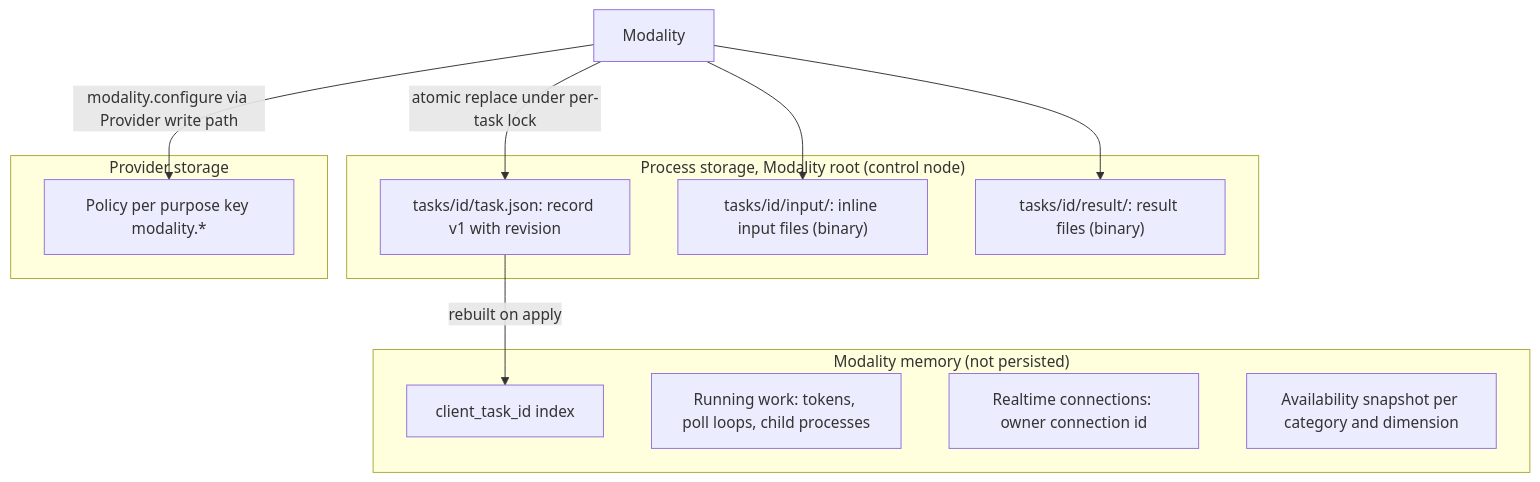
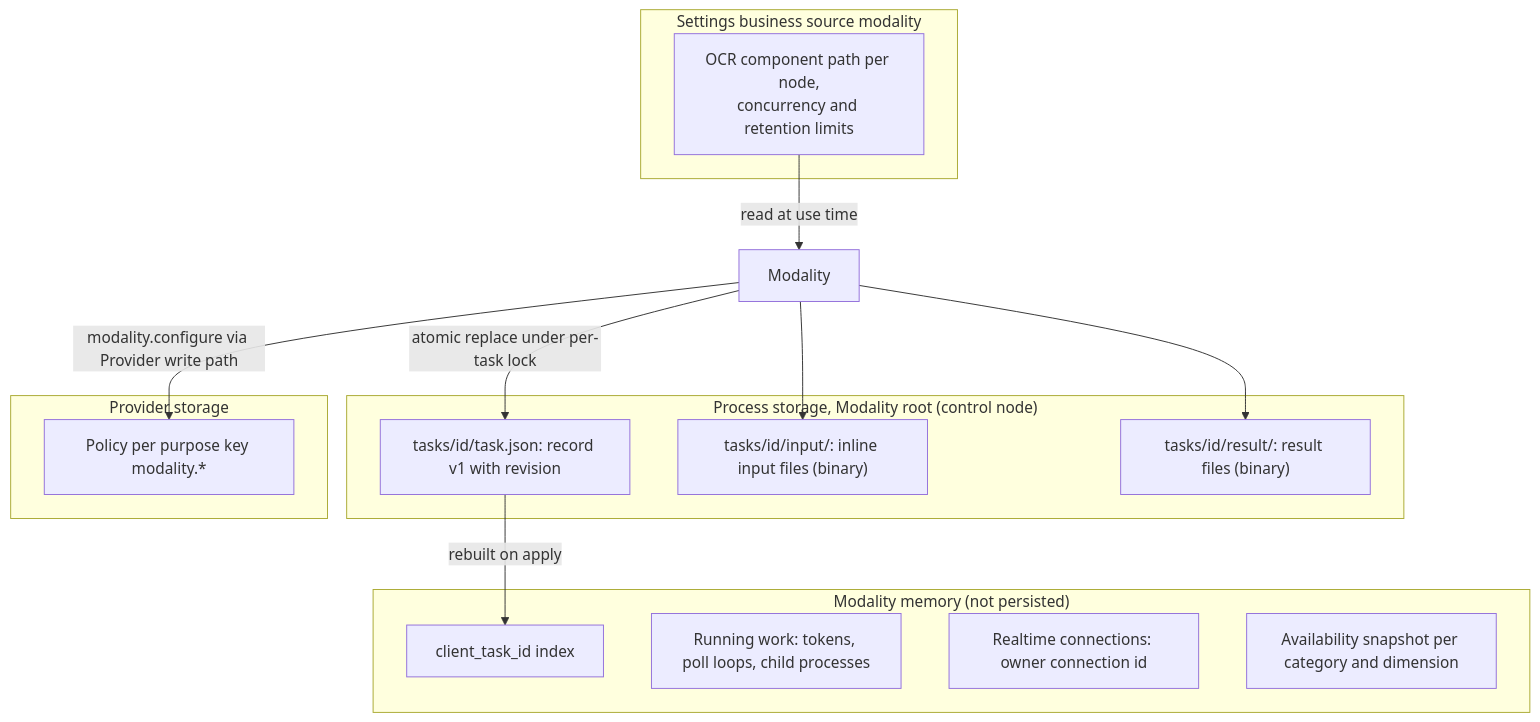
The second of 6 diagrams in docs/design/plugins/Modality.md (CoutinhoTTS/dim-agent), drawn with Mermaid before and after one commit. The commit also changed other lines of this file and 3 other files, not shown here.

````diff
--- a/docs/design/plugins/Modality.md
+++ b/docs/design/plugins/Modality.md
@@ -51,22 +52,26 @@
 ```mermaid
 flowchart TB
   subgraph PS["Process storage, Modality root (control node)"]
     Rec["tasks/id/task.json: record v1 with revision"]
     In["tasks/id/input/: inline input files (binary)"]
     Res["tasks/id/result/: result files (binary)"]
   end
   subgraph PROV["Provider storage"]
     Pol["Policy per purpose key modality.*"]
+  end
+  subgraph SET["Settings business source modality"]
+    Cfg["OCR component path per node,<br/>concurrency and retention limits"]
   end
   subgraph MEM["Modality memory (not persisted)"]
     Idx["client_task_id index"]
     Run["Running work: tokens, poll loops, child processes"]
     RT["Realtime connections: owner connection id"]
     Av["Availability snapshot per category and dimension"]
   end
   Mod["Modality"] -->|"atomic replace under per-task lock"| Rec
   Mod --> In
   Mod --> Res
   Mod -->|"modality.configure via Provider write path"| Pol
   Rec -->|"rebuilt on apply"| Idx
+  Cfg -->|"read at use time"| Mod
 ```
````
